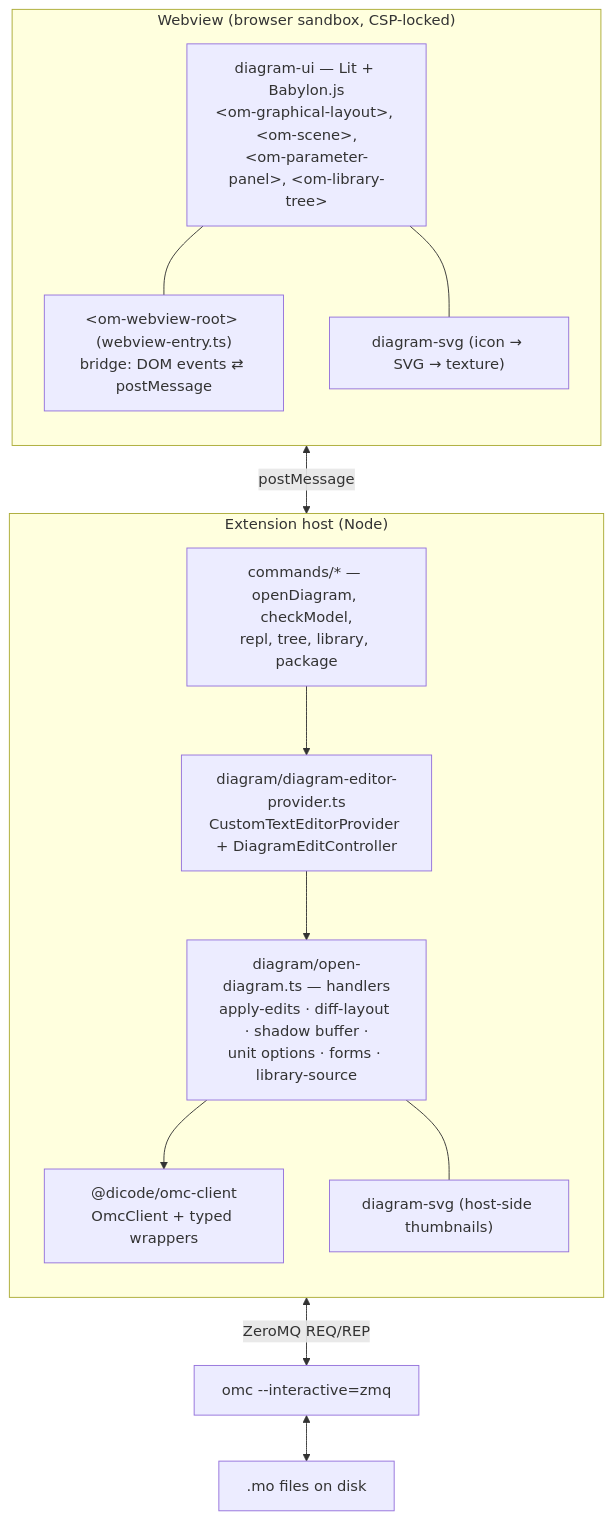
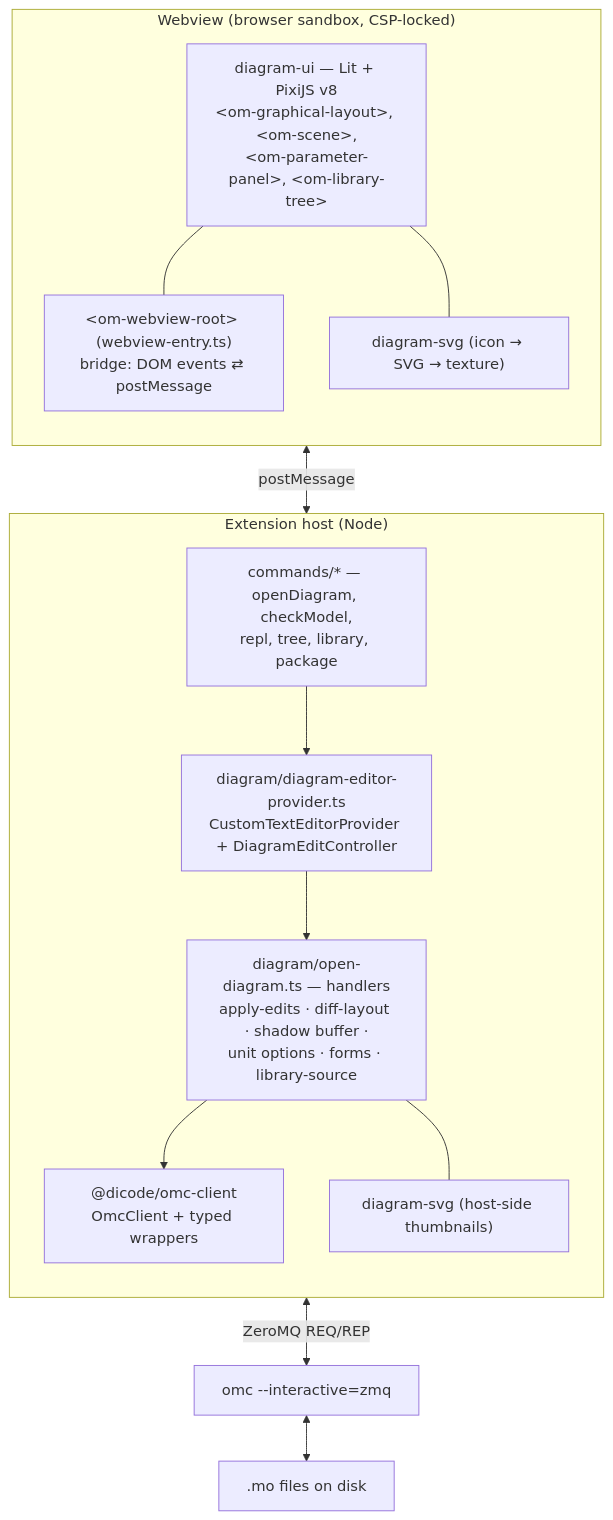
The first of 3 diagrams in docs/architecture.md (dicode-ayo/modelica-wrapper), drawn with Mermaid before and after one commit. The commit also changed other lines of this file and 3 other files, not shown here.

First line of the commit message:
docs: describe the PixiJS v8 renderer instead of Babylon.js

````diff
--- a/docs/architecture.md
+++ b/docs/architecture.md
@@ -18,29 +18,29 @@
 ```mermaid
 flowchart TB
     subgraph WV["Webview (browser sandbox, CSP-locked)"]
         direction TB
-        DUI["diagram-ui — Lit + Babylon.js<br/>&lt;om-graphical-layout&gt;, &lt;om-scene&gt;,<br/>&lt;om-parameter-panel&gt;, &lt;om-library-tree&gt;"]
+        DUI["diagram-ui — Lit + PixiJS v8<br/>&lt;om-graphical-layout&gt;, &lt;om-scene&gt;,<br/>&lt;om-parameter-panel&gt;, &lt;om-library-tree&gt;"]
         ROOT["&lt;om-webview-root&gt; (webview-entry.ts)<br/>bridge: DOM events ⇄ postMessage"]
         DSVG1["diagram-svg (icon → SVG → texture)"]
         DUI --- ROOT
         DUI --- DSVG1
     end
 
     subgraph HOST["Extension host (Node)"]
         direction TB
         CMD["commands/* — openDiagram, checkModel,<br/>repl, tree, library, package"]
         PANEL["diagram/diagram-editor-provider.ts<br/>CustomTextEditorProvider + DiagramEditController"]
         HANDLERS["diagram/open-diagram.ts — handlers<br/>apply-edits · diff-layout · shadow buffer ·<br/>unit options · forms · library-source"]
         OCLIENT["@dicode/omc-client<br/>OmcClient + typed wrappers"]
         CMD --> PANEL --> HANDLERS --> OCLIENT
         DSVG2["diagram-svg (host-side thumbnails)"]
         HANDLERS --- DSVG2
     end
 
     OMC["omc --interactive=zmq"]
     FILES[".mo files on disk"]
 
     ROOT <-->|"postMessage"| PANEL
     OCLIENT <-->|"ZeroMQ REQ/REP"| OMC
     OMC <--> FILES
 ```
````
